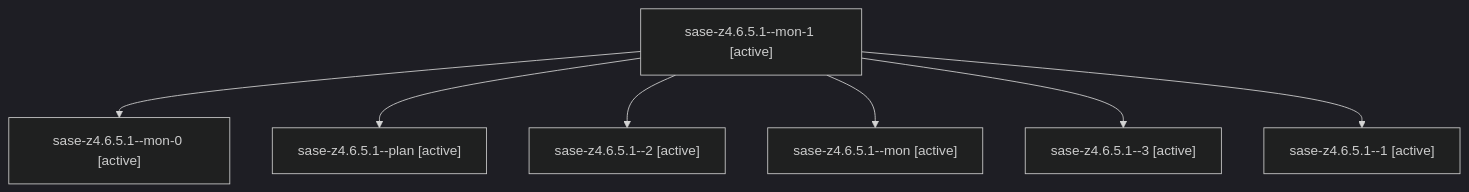
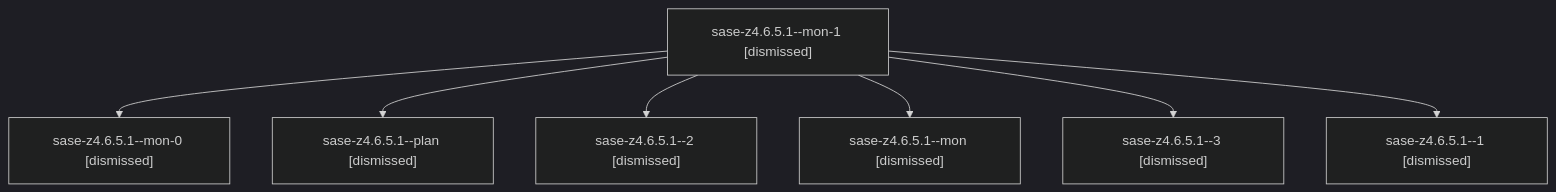
The diagram in sessions/bbugyi200.athena.sase-z4.6.5.1.md (sase-org/sase--agents), drawn with Mermaid (dark theme) before and after one commit. The commit also changed other lines of this file and 157 other files, not shown here.

````diff
--- a/sessions/bbugyi200.athena.sase-z4.6.5.1.md
+++ b/sessions/bbugyi200.athena.sase-z4.6.5.1.md
@@ -9,16 +9,16 @@
 ```mermaid
 flowchart TD
-  n0["sase-z4.6.5.1--mon-1 [active]"]
-  n1["sase-z4.6.5.1--mon-0 [active]"]
+  n0["sase-z4.6.5.1--mon-1 [dismissed]"]
+  n1["sase-z4.6.5.1--mon-0 [dismissed]"]
   n0 --> n1
-  n2["sase-z4.6.5.1--plan [active]"]
+  n2["sase-z4.6.5.1--plan [dismissed]"]
   n0 --> n2
-  n3["sase-z4.6.5.1--2 [active]"]
+  n3["sase-z4.6.5.1--2 [dismissed]"]
   n0 --> n3
-  n4["sase-z4.6.5.1--mon [active]"]
+  n4["sase-z4.6.5.1--mon [dismissed]"]
   n0 --> n4
-  n5["sase-z4.6.5.1--3 [active]"]
+  n5["sase-z4.6.5.1--3 [dismissed]"]
   n0 --> n5
-  n6["sase-z4.6.5.1--1 [active]"]
+  n6["sase-z4.6.5.1--1 [dismissed]"]
   n0 --> n6
 ```
````
